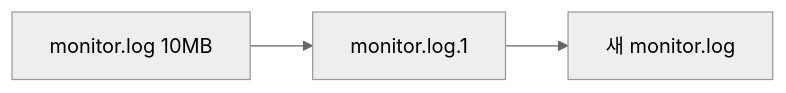
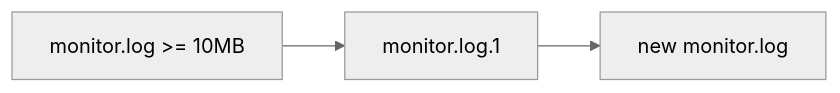
One commit to MetaStudy999/codyssey-basic-b1-1-system-monitor changed the ninth of 12 diagrams in training/round-01-clear/BEGINNER-GUIDE.md. Above: the diagram before and after it, drawn with Mermaid (neutral theme). The commit also changed other lines of this file, not shown here.

````diff
--- a/training/round-01-clear/BEGINNER-GUIDE.md
+++ b/training/round-01-clear/BEGINNER-GUIDE.md
@@ -769,4 +783,4 @@
 ```mermaid
 flowchart LR
-    A[monitor.log 10MB] --> B[monitor.log.1] --> C[새 monitor.log]
+    A[monitor.log >= 10MB] --> B[monitor.log.1] --> C[new monitor.log]
 ```
````
